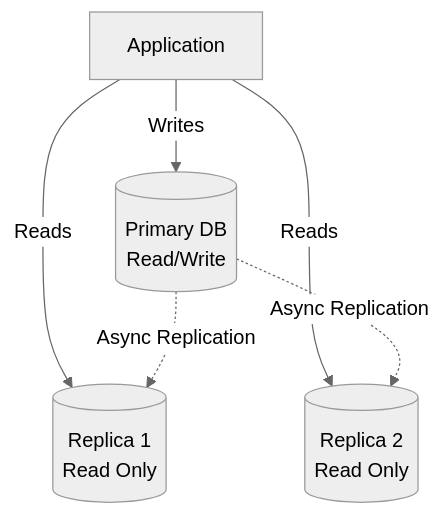
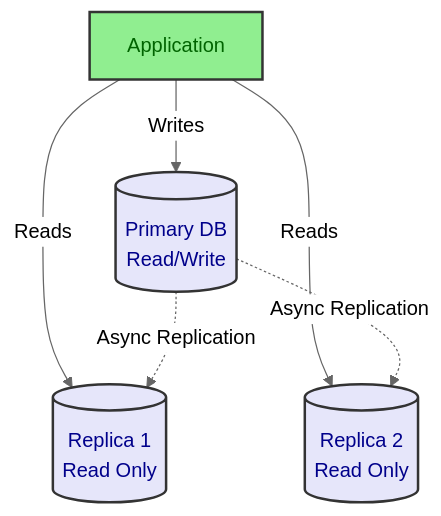
Before and after one commit to kasiopeiya/claude-dev-template: the fifth of 5 diagrams in .claude/skills/design-doc-mermaid/assets/database-design-template.md, drawn with Mermaid (neutral theme). The commit also changed other lines of this file and 5 other files, not shown here.

````diff
--- a/.claude/skills/design-doc-mermaid/assets/database-design-template.md
+++ b/.claude/skills/design-doc-mermaid/assets/database-design-template.md
@@ -586,13 +563,19 @@
 ```mermaid
 graph TB
     Primary[(Primary DB<br/>Read/Write)]
     Replica1[(Replica 1<br/>Read Only)]
     Replica2[(Replica 2<br/>Read Only)]
 
     App[Application] -->|Writes| Primary
     App -->|Reads| Replica1
     App -->|Reads| Replica2
 
     Primary -.Async Replication.-> Replica1
     Primary -.Async Replication.-> Replica2
+
+    classDef app fill:#90EE90,stroke:#333,stroke-width:2px,color:darkgreen
+    classDef store fill:#E6E6FA,stroke:#333,stroke-width:2px,color:darkblue
+
+    class App app
+    class Primary,Replica1,Replica2 store
 ```
````
